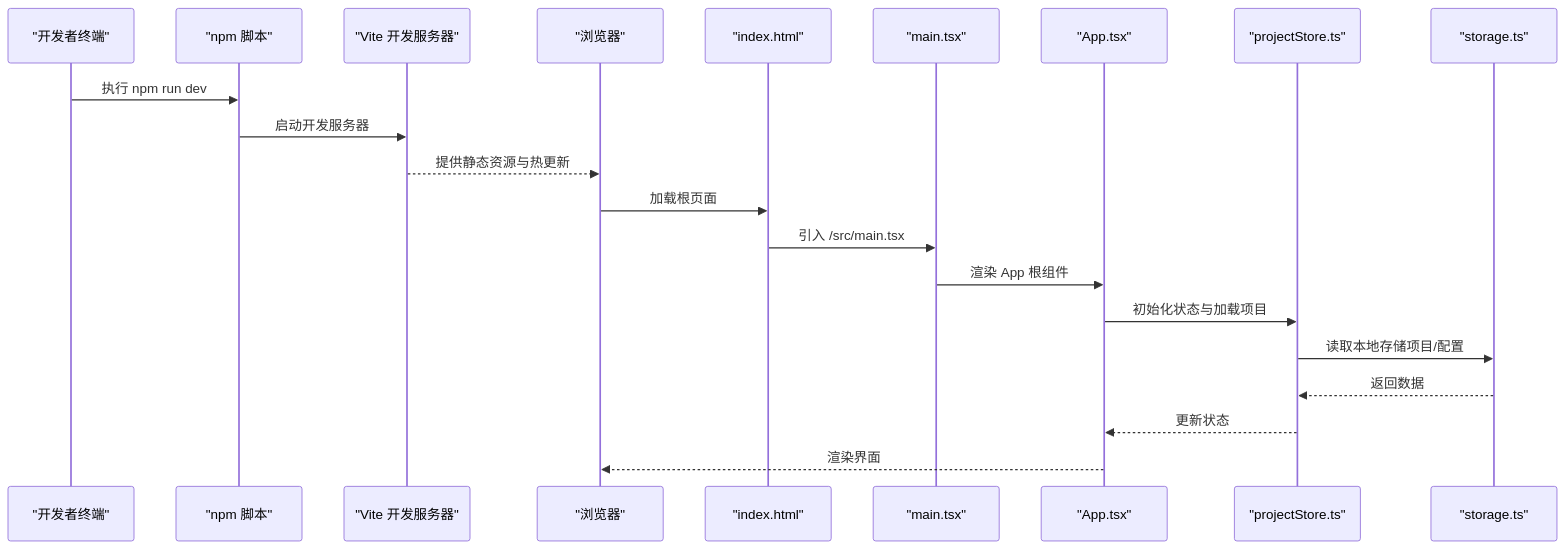
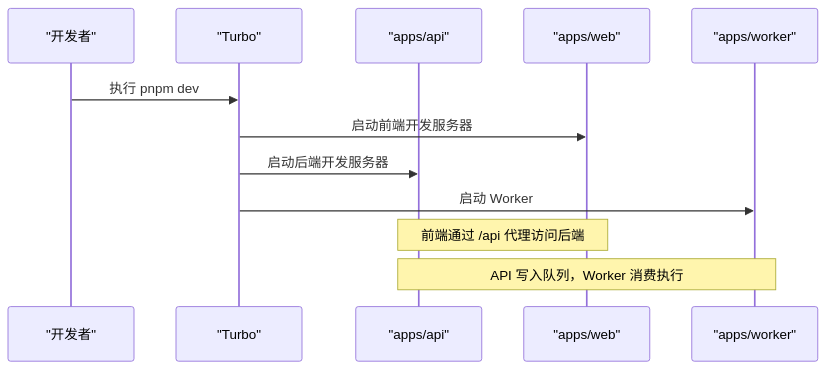
One commit to leonaiuv/aixsss changed the third of 4 diagrams in .qoder/repowiki/zh/content/快速开始.md. Above: the diagram before and after it, drawn with Mermaid. The commit also changed other lines of this file and 252 other files, not shown here.

````diff
--- a/.qoder/repowiki/zh/content/快速开始.md
+++ b/.qoder/repowiki/zh/content/快速开始.md
@@ -73,23 +201,14 @@
 ```mermaid
 sequenceDiagram
-participant Dev as "开发者终端"
-participant NPM as "npm 脚本"
-participant Vite as "Vite 开发服务器"
-participant Browser as "浏览器"
-participant HTML as "index.html"
-participant Main as "main.tsx"
-participant App as "App.tsx"
-participant Store as "projectStore.ts"
-participant Storage as "storage.ts"
-Dev->>NPM : 执行 npm run dev
-NPM->>Vite : 启动开发服务器
-Vite-->>Browser : 提供静态资源与热更新
-Browser->>HTML : 加载根页面
-HTML->>Main : 引入 /src/main.tsx
-Main->>App : 渲染 App 根组件
-App->>Store : 初始化状态与加载项目
-Store->>Storage : 读取本地存储项目/配置
-Storage-->>Store : 返回数据
-Store-->>App : 更新状态
-App-->>Browser : 渲染界面
+participant Dev as "开发者"
+participant Turbo as "Turbo"
+participant API as "apps/api"
+participant WEB as "apps/web"
+participant WORKER as "apps/worker"
+Dev->>Turbo : 执行 pnpm dev
+Turbo->>WEB : 启动前端开发服务器
+Turbo->>API : 启动后端开发服务器
+Turbo->>WORKER : 启动 Worker
+Note over WEB,API : 前端通过 /api 代理访问后端
+Note over API,WORKER : API 写入队列，Worker 消费执行
 ```
````
